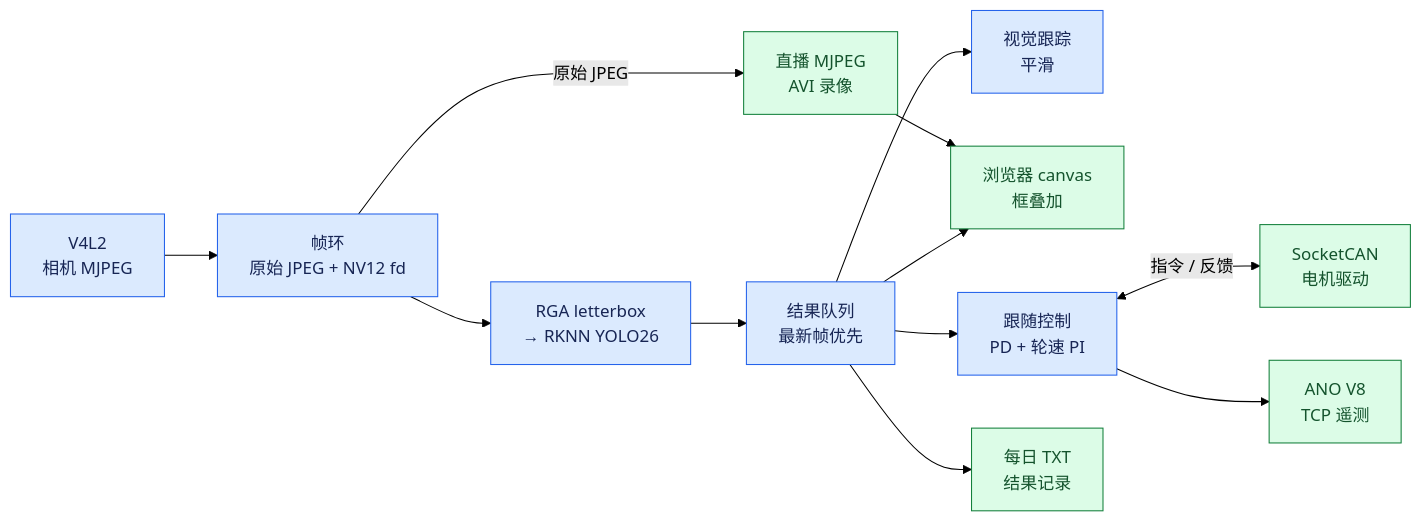
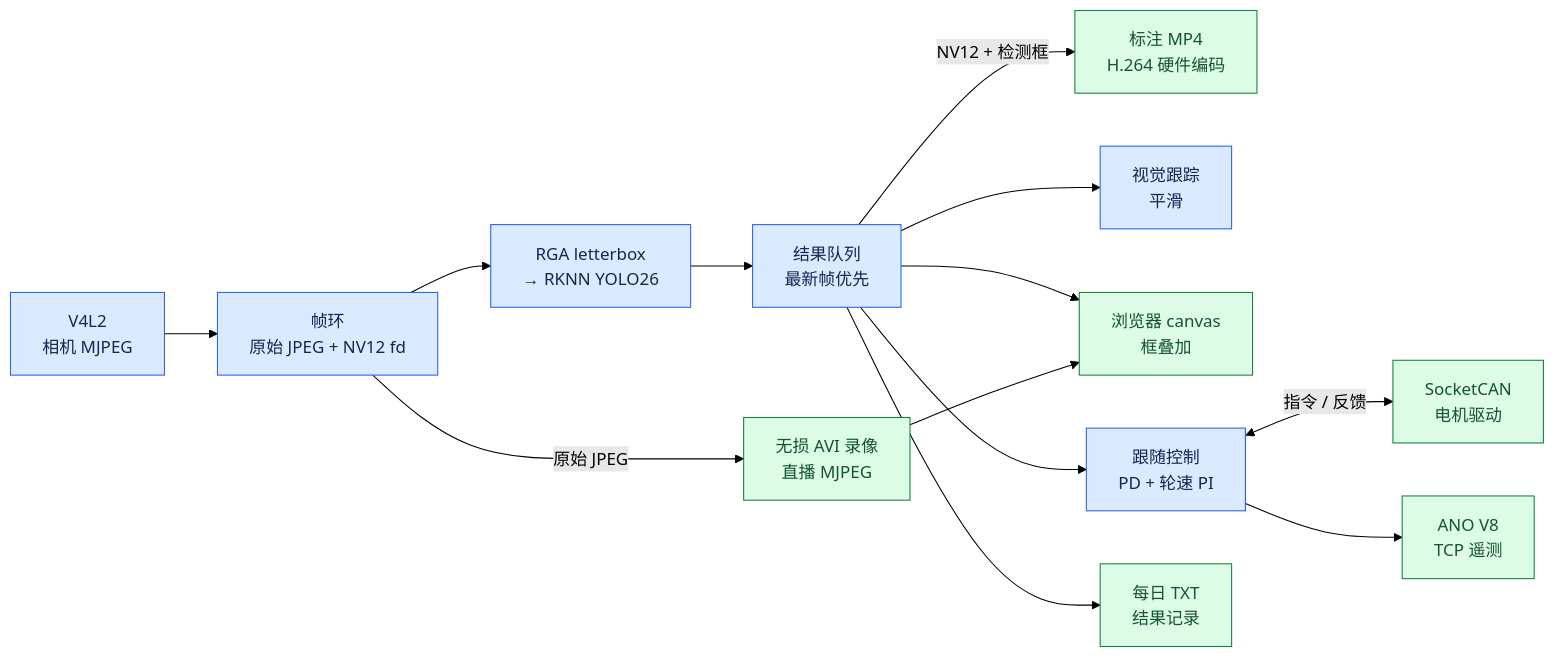
Before and after one commit to qianruo-orange/autonomous-driving-car: the first of 6 diagrams in README.md, drawn with Mermaid (forest theme). The commit also changed other lines of this file, not shown here.

First line of the commit message:
docs: redraw the media diagrams with the annotated output

````diff
--- a/README.md
+++ b/README.md
@@ -57,18 +57,19 @@
 ```mermaid
 flowchart LR
     Camera["V4L2<br/>相机 MJPEG"] --> Ring["帧环<br/>原始 JPEG + NV12 fd"]
     Ring --> YOLO["RGA letterbox<br/>→ RKNN YOLO26"]
-    Ring -->|原始 JPEG| Video["直播 MJPEG<br/>AVI 录像"]
+    Ring -->|原始 JPEG| Video["无损 AVI 录像<br/>直播 MJPEG"]
     YOLO --> Results["结果队列<br/>最新帧优先"]
+    Results -->|NV12 + 检测框| Annot["标注 MP4<br/>H.264 硬件编码"]
     Results --> Track["视觉跟踪<br/>平滑"]
     Results --> Overlay["浏览器 canvas<br/>框叠加"]
     Video --> Overlay
     Results --> Follow["跟随控制<br/>PD + 轮速 PI"]
     Follow <-->|指令 / 反馈| CAN["SocketCAN<br/>电机驱动"]
     Results --> Reports["每日 TXT<br/>结果记录"]
     Follow --> ANO["ANO V8<br/>TCP 遥测"]
     classDef process fill:#dbeafe,stroke:#2563eb,color:#172554
     classDef output fill:#dcfce7,stroke:#15803d,color:#14532d
     class Camera,Ring,YOLO,Results,Track,Follow process
-    class Video,Overlay,CAN,Reports,ANO output
+    class Video,Annot,Overlay,CAN,Reports,ANO output
 ```
````
